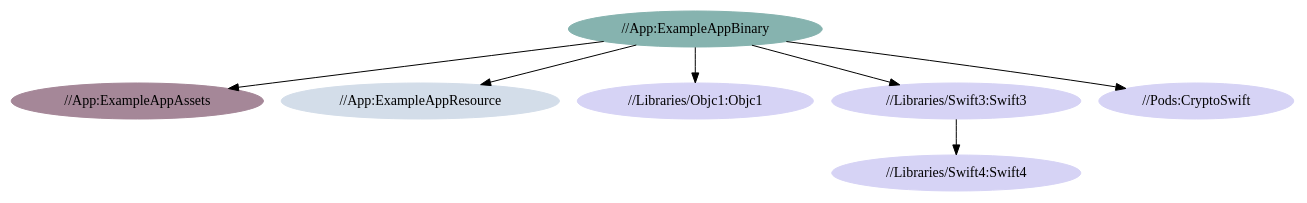
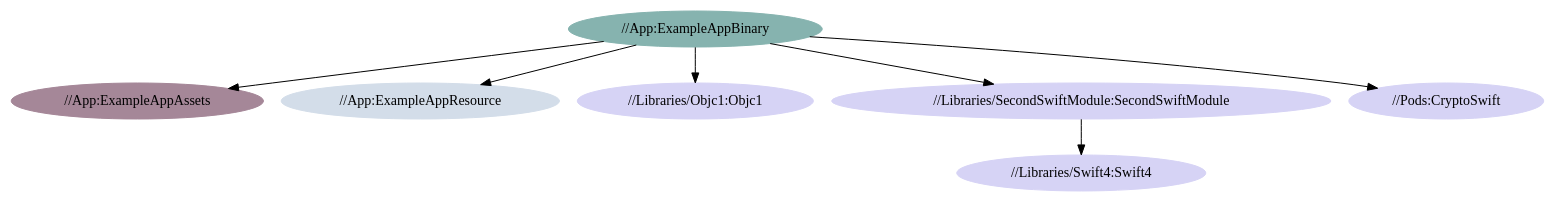
Before and after one commit to airbnb/BuckSample: the diagram in Docs/Dependencies.dot, drawn with Graphviz. The commit also changed 9 other files, not shown here.

Commit message:
Swift3 -> SecondSwiftModule

```diff
--- a/Docs/Dependencies.dot
+++ b/Docs/Dependencies.dot
@@ -1,15 +1,15 @@
 digraph result_graph {
   "//App:ExampleAppAssets" [style=filled,color="#A58798"];
   "//App:ExampleAppBinary" -> "//App:ExampleAppAssets";
   "//App:ExampleAppBinary" -> "//App:ExampleAppResource";
   "//App:ExampleAppBinary" -> "//Libraries/Objc1:Objc1";
-  "//App:ExampleAppBinary" -> "//Libraries/Swift3:Swift3";
+  "//App:ExampleAppBinary" -> "//Libraries/SecondSwiftModule:SecondSwiftModule";
   "//App:ExampleAppBinary" -> "//Pods:CryptoSwift";
   "//App:ExampleAppBinary" [style=filled,color="#86B3AF"];
   "//App:ExampleAppResource" [style=filled,color="#D3DDE9"];
   "//Libraries/Objc1:Objc1" [style=filled,color="#D6D3F5"];
-  "//Libraries/Swift3:Swift3" -> "//Libraries/Swift4:Swift4";
-  "//Libraries/Swift3:Swift3" [style=filled,color="#D6D3F5"];
+  "//Libraries/SecondSwiftModule:SecondSwiftModule" -> "//Libraries/Swift4:Swift4";
+  "//Libraries/SecondSwiftModule:SecondSwiftModule" [style=filled,color="#D6D3F5"];
   "//Libraries/Swift4:Swift4" [style=filled,color="#D6D3F5"];
   "//Pods:CryptoSwift" [style=filled,color="#D6D3F5"];
 }
```
